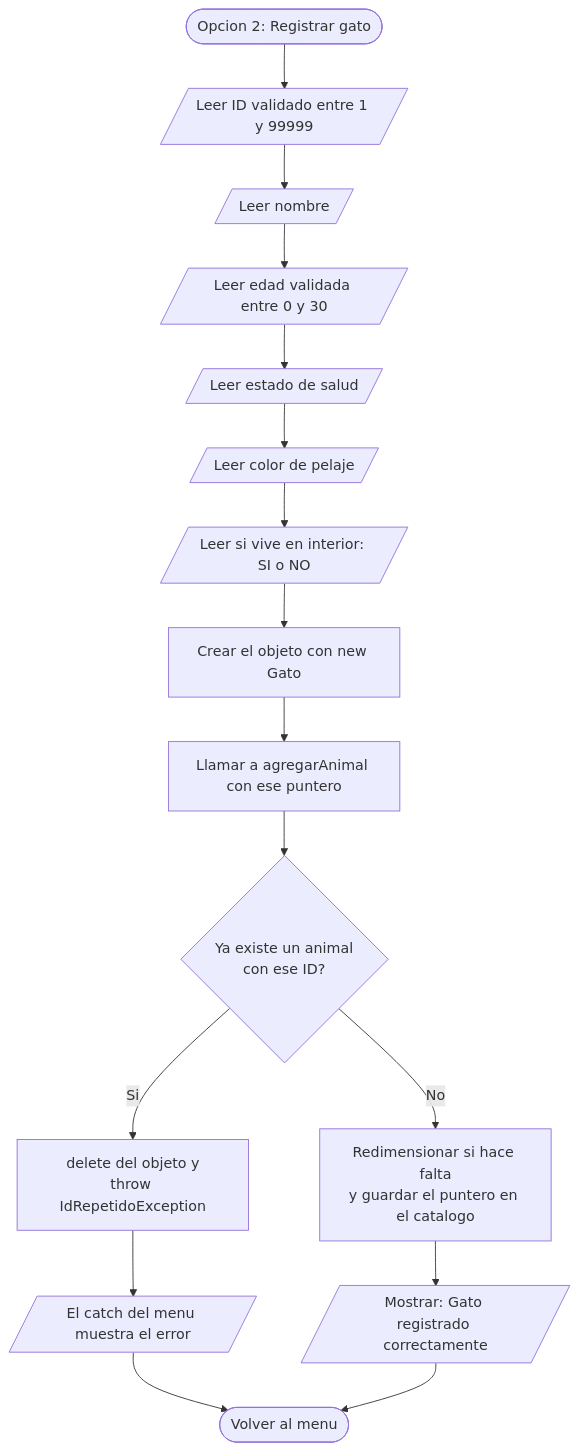
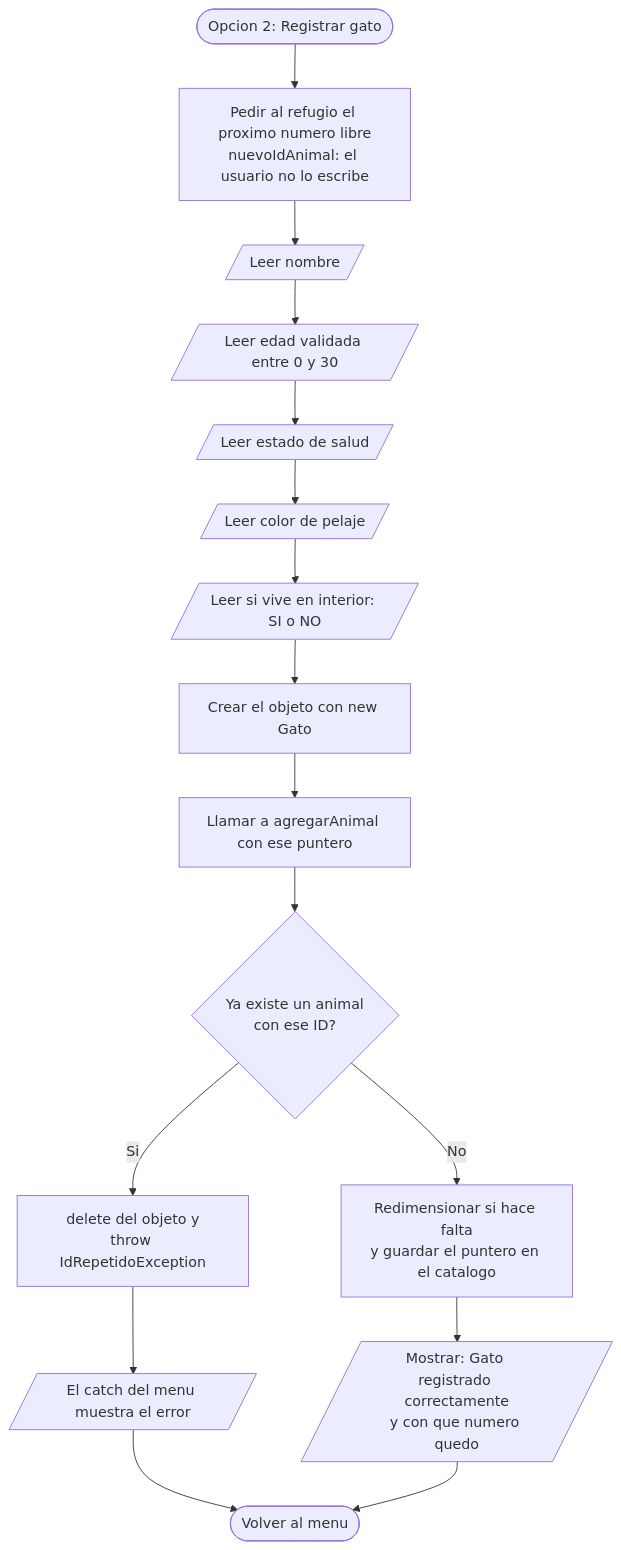
Before and after one commit to tobiastardivo/REFUGIO: the fifth of 18 diagrams in DIAGRAMAS.md, drawn with Mermaid. The commit also changed other lines of this file and 3 other files, not shown here.

````diff
--- a/DIAGRAMAS.md
+++ b/DIAGRAMAS.md
@@ -144,22 +190,22 @@
 ```mermaid
 flowchart TD
     INI(["Opcion 2: Registrar gato"])
-    ID[/"Leer ID validado entre 1 y 99999"/]
+    ID["Pedir al refugio el proximo numero libre<br/>nuevoIdAnimal: el usuario no lo escribe"]
     NOM[/"Leer nombre"/]
     EDAD[/"Leer edad validada entre 0 y 30"/]
     SALUD[/"Leer estado de salud"/]
     COLOR[/"Leer color de pelaje"/]
     INT[/"Leer si vive en interior: SI o NO"/]
     NEW["Crear el objeto con new Gato"]
     AGR["Llamar a agregarAnimal con ese puntero"]
     REP{"Ya existe un animal<br/>con ese ID?"}
     DEL["delete del objeto y<br/>throw IdRepetidoException"]
     GUARDA["Redimensionar si hace falta<br/>y guardar el puntero en el catalogo"]
-    OK[/"Mostrar: Gato registrado correctamente"/]
+    OK[/"Mostrar: Gato registrado correctamente<br/>y con que numero quedo"/]
     CATCH[/"El catch del menu muestra el error"/]
     FIN(["Volver al menu"])
 
     INI --> ID --> NOM --> EDAD --> SALUD --> COLOR --> INT --> NEW --> AGR --> REP
     REP -->|"Si"| DEL --> CATCH --> FIN
     REP -->|"No"| GUARDA --> OK --> FIN
 ```
````
